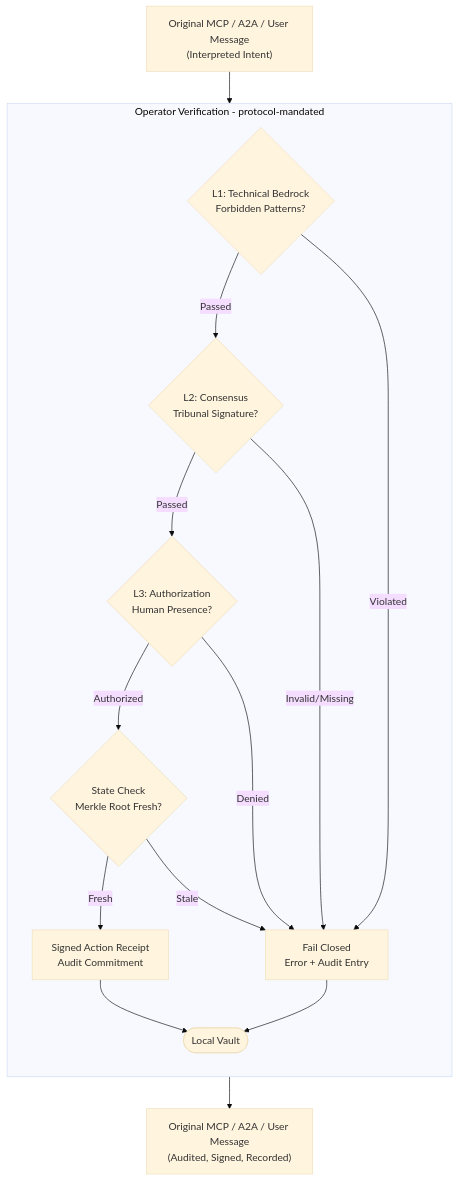
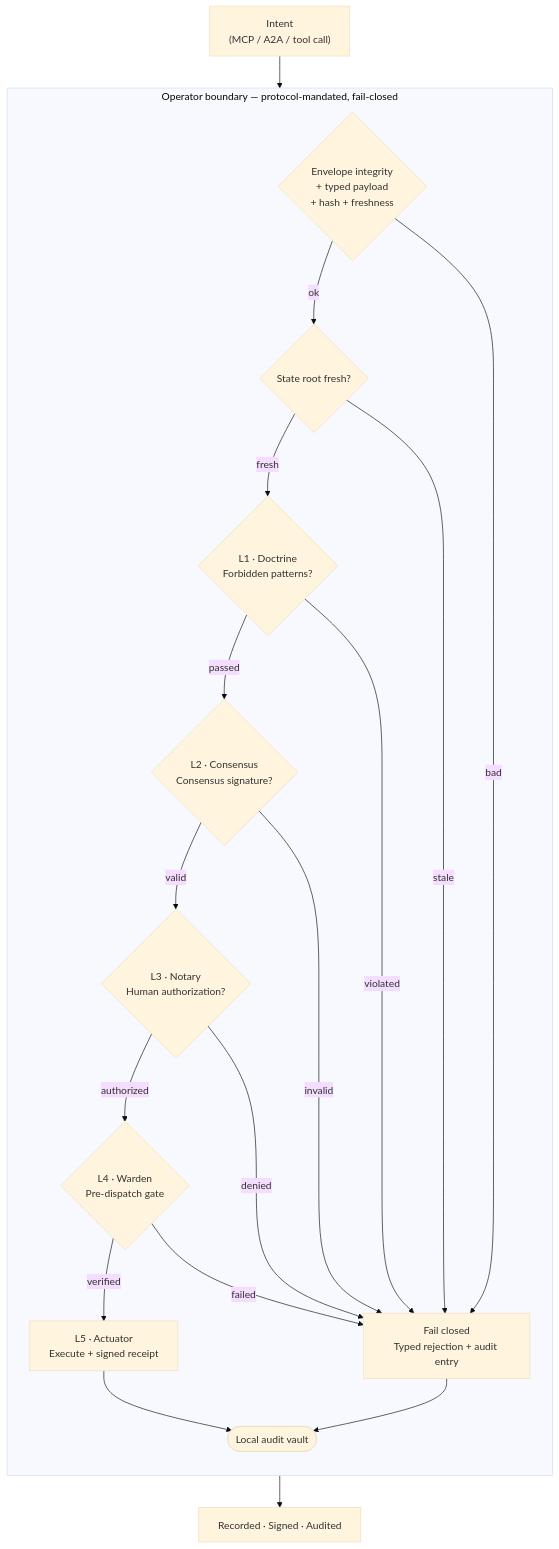
The third of 3 diagrams in README.md (g8e-ai/g8e), drawn with Mermaid (base theme) before and after one commit. The commit also changed other lines of this file and 1370 other files, not shown here.

````diff
--- a/README.md
+++ b/README.md
@@ -23,35 +157,37 @@
 ```mermaid
 graph TD
-    Start["Original MCP / A2A / User Message<br/>(Interpreted Intent)"]
+    Start["Intent<br/>(MCP / A2A / tool call)"]
 
-    subgraph Verification ["Operator Verification - protocol-mandated"]
+    subgraph Operator ["Operator boundary — protocol-mandated, fail-closed"]
         direction TB
-        L1{"L1: Technical Bedrock<br/>Forbidden Patterns?"}
-        L2{"L2: Consensus<br/>Tribunal Signature?"}
-        L3{"L3: Authorization<br/>Human Presence?"}
-        State{"State Check<br/>Merkle Root Fresh?"}
-        
-        FailClosed["Fail Closed<br/>Error + Audit Entry"]
-        Warden["Signed Action Receipt<br/>Audit Commitment"]
-        LocalVault([Local Vault])
+        Pre{"Envelope integrity<br/>+ typed payload<br/>+ hash + freshness"}
+        State{"State root fresh?"}
+        L1{"L1 · Doctrine<br/>Forbidden patterns?"}
+        L2{"L2 · Consensus<br/>Consensus signature?"}
+        L3{"L3 · Notary<br/>Human authorization?"}
+        L4{"L4 · Warden<br/>Pre-dispatch gate"}
+        Fail["Fail closed<br/>Typed rejection + audit entry"]
+        Act["L5 · Actuator<br/>Execute + signed receipt"]
+        Vault([Local audit vault])
 
-        L1 -- "Passed" --> L2
-        L1 -- "Violated" ----> FailClosed
-        
-        L2 -- "Passed" --> L3
-        L2 -- "Invalid/Missing" ---> FailClosed
-        
-        L3 -- "Authorized" --> State
-        L3 -- "Denied" --> FailClosed
-        
-        State -- "Fresh" --> Warden
-        State -- "Stale" --> FailClosed
+        Pre -- ok --> State
+        State -- fresh --> L1
+        L1 -- passed --> L2
+        L2 -- valid --> L3
+        L3 -- authorized --> L4
+        L4 -- verified --> Act
 
-        Warden --> LocalVault
-        FailClosed --> LocalVault
+        Pre -- bad --> Fail
+        State -- stale --> Fail
+        L1 -- violated --> Fail
+        L2 -- invalid --> Fail
+        L3 -- denied --> Fail
+        L4 -- failed --> Fail
+
+        Act --> Vault
+        Fail --> Vault
     end
 
-    LocalVault --> Destination["Original MCP / A2A / User Message<br/>(Audited, Signed, Recorded)"]
-
-    Start --> L1
+    Start --> Pre
+    Vault --> Done["Recorded · Signed · Audited"]
 ```
````
